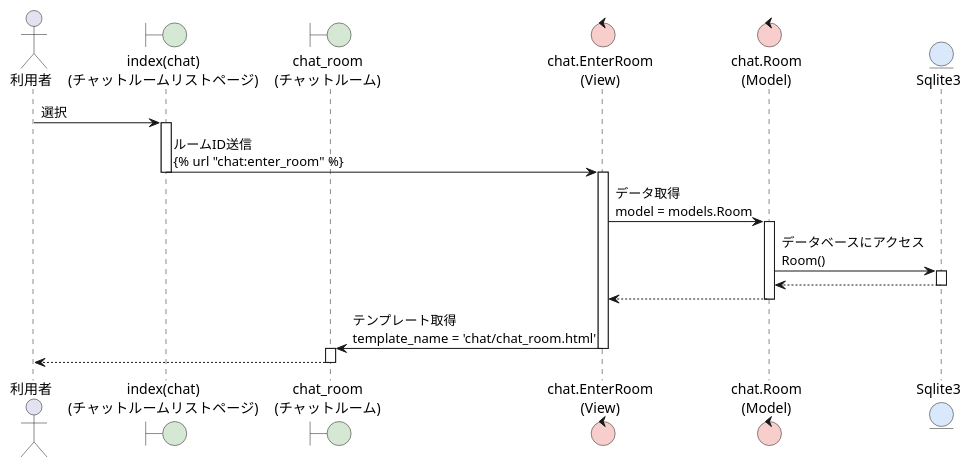
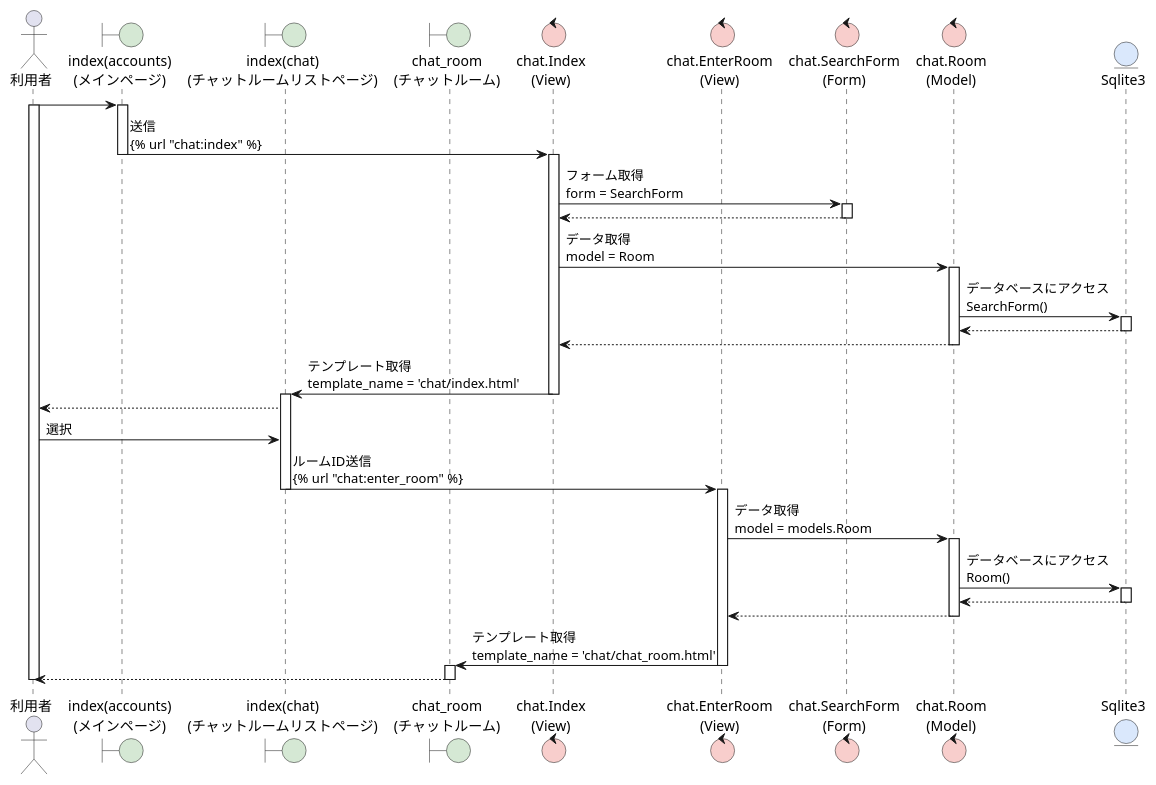
The diagram in plantuml/seqence/chat/seq_chatroom_join.pu (tky2302107/Pet_owner), drawn with PlantUML before and after one commit. The commit also changed 24 other files, not shown here.

```diff
--- a/plantuml/seqence/chat/seq_chatroom_join.pu
+++ b/plantuml/seqence/chat/seq_chatroom_join.pu
@@ -1,35 +1,63 @@
 @startuml ChatRoomJoin
 
 actor 利用者 as user
-' boundary "index(accounts)\n(メインページ)" as main #d5e8d4
+boundary "index(accounts)\n(メインページ)" as main #d5e8d4
 boundary "index(chat)\n(チャットルームリストページ)" as cl #d5e8d4
 boundary "chat_room\n(チャットルーム)" as cr #d5e8d4
 
-' control "chat.Index\n(View)" as inView #f8cecc
+control "chat.Index\n(View)" as inView #f8cecc
 control "chat.EnterRoom\n(View)" as enView #f8cecc
-' control "chat.SearchForm\n(Form)" as Form #f8cecc
+control "chat.SearchForm\n(Form)" as Form #f8cecc
 control "chat.Room\n(Model)" as Model #f8cecc
 
 entity "Sqlite3" as db #dae8fc
 
+
+
+user ->  main
+activate user
+activate main
+main -> inView :送信\n{% url "chat:index" %}
+deactivate main
+activate inView
+inView -> Form :フォーム取得\nform = SearchForm
+activate Form
+Form --> inView
+deactivate Form
+inView -> Model :データ取得\nmodel = Room
+activate Model
+Model -> db :データベースにアクセス\nSearchForm()
+activate db
+db --> Model
+deactivate db
+Model --> inView
+deactivate Model
+inView -> cl :テンプレート取得\ntemplate_name = 'chat/index.html'
+deactivate inView
+activate cl
+cl --> user
+' deactivate cl
+' deactivate user
+
+
 user -> cl:選択
-activate cl
+' activate cl
 cl -> enView:ルームID送信\n{% url "chat:enter_room" %}
 deactivate cl
 activate enView
 enView -> Model:データ取得\nmodel = models.Room
 activate Model
 Model -> db:データベースにアクセス\nRoom()
 activate db
 db --> Model
 deactivate db
 Model --> enView
 deactivate Model
 enView -> cr:テンプレート取得\ntemplate_name = 'chat/chat_room.html'
 deactivate enView
 activate cr
 cr --> user
 deactivate cr
 
 deactivate user
 @enduml
```
